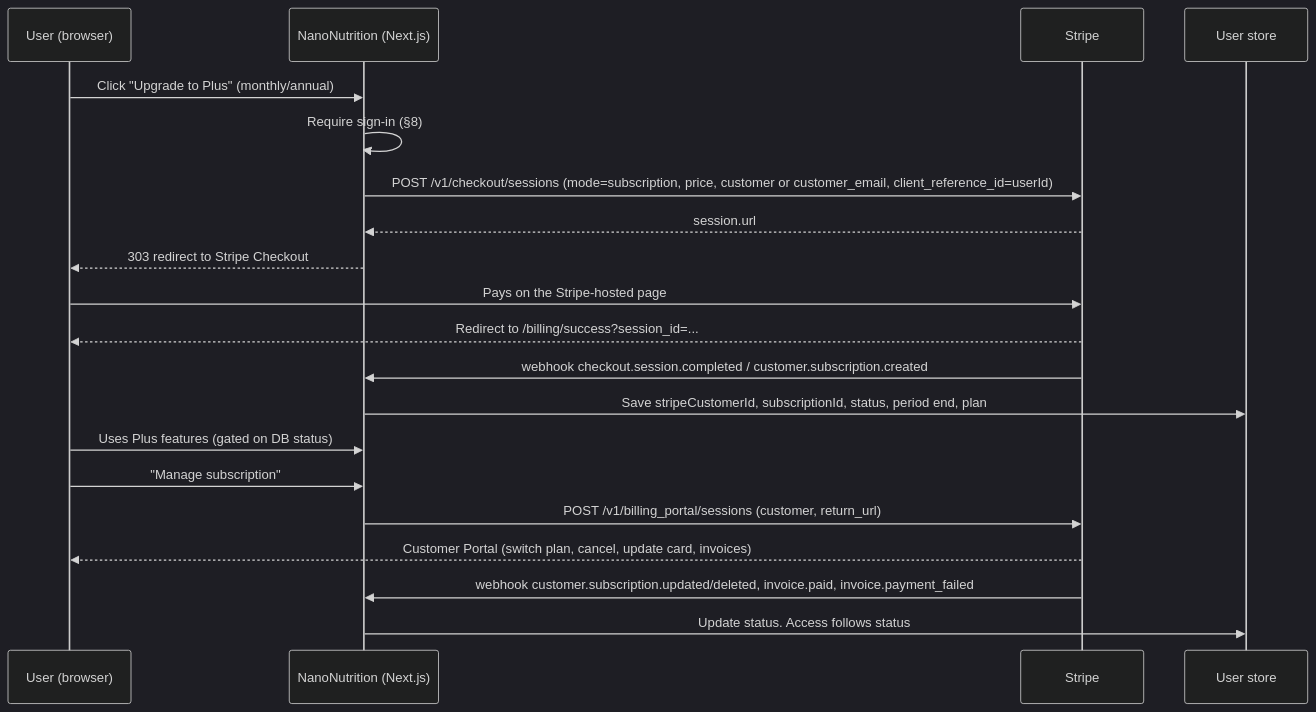
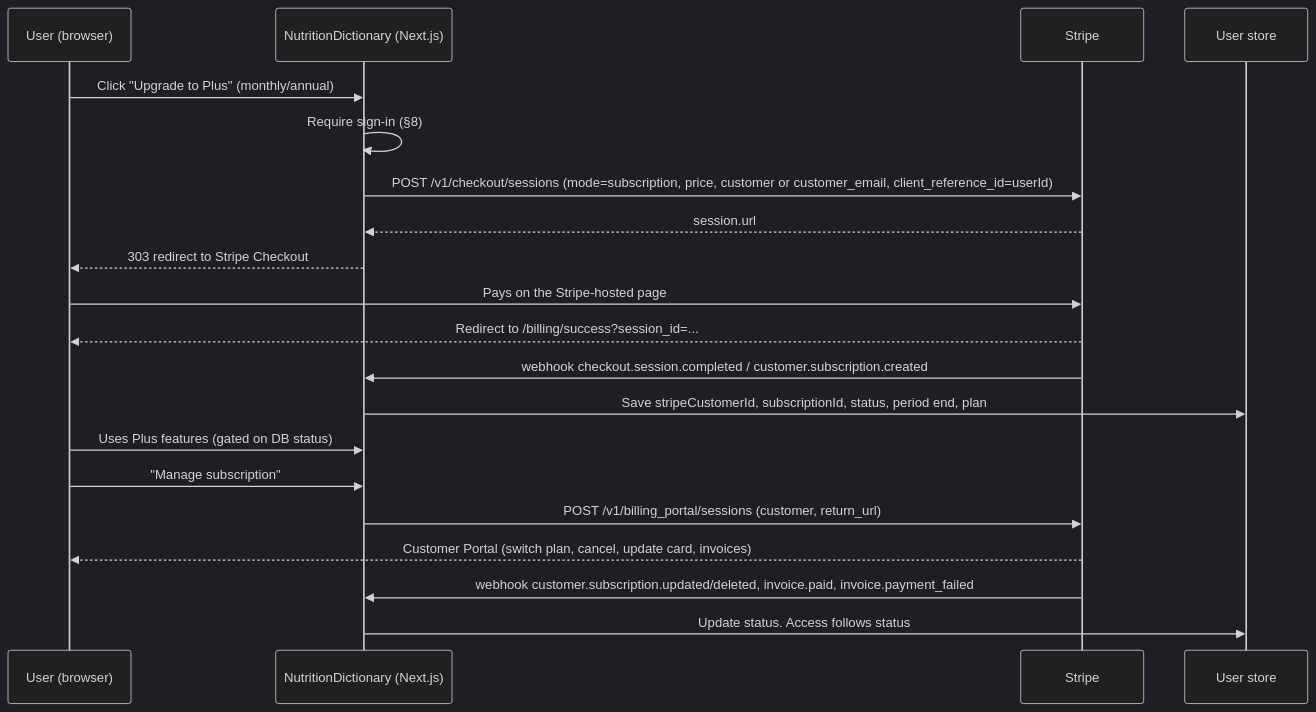
Before and after one commit to yonaadug/FoodNutritionOptimize: the diagram in docs/STRIPE_PLAN.md, drawn with Mermaid (dark theme). The commit also changed other lines of this file and 50 other files, not shown here.

First line of the commit message:
Rename the app from NanoNutrition to NutritionDictionary

````diff
--- a/docs/STRIPE_PLAN.md
+++ b/docs/STRIPE_PLAN.md
@@ -34,22 +34,22 @@
 ```mermaid
 sequenceDiagram
     participant U as User (browser)
-    participant A as NanoNutrition (Next.js)
+    participant A as NutritionDictionary (Next.js)
     participant S as Stripe
     participant DB as User store
     U->>A: Click "Upgrade to Plus" (monthly/annual)
     A->>A: Require sign-in (§8)
     A->>S: POST /v1/checkout/sessions (mode=subscription, price, customer or customer_email, client_reference_id=userId)
     S-->>A: session.url
     A-->>U: 303 redirect to Stripe Checkout
     U->>S: Pays on the Stripe-hosted page
     S-->>U: Redirect to /billing/success?session_id=...
     S->>A: webhook checkout.session.completed / customer.subscription.created
     A->>DB: Save stripeCustomerId, subscriptionId, status, period end, plan
     U->>A: Uses Plus features (gated on DB status)
     U->>A: "Manage subscription"
     A->>S: POST /v1/billing_portal/sessions (customer, return_url)
     S-->>U: Customer Portal (switch plan, cancel, update card, invoices)
     S->>A: webhook customer.subscription.updated/deleted, invoice.paid, invoice.payment_failed
     A->>DB: Update status. Access follows status
 ```
````
